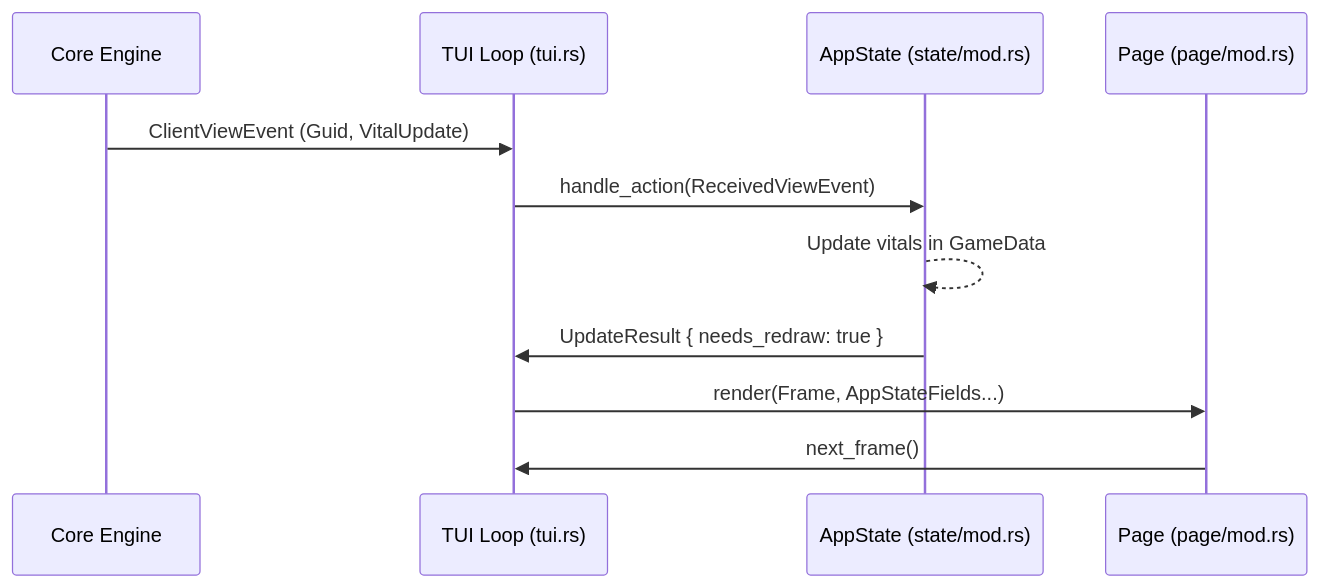
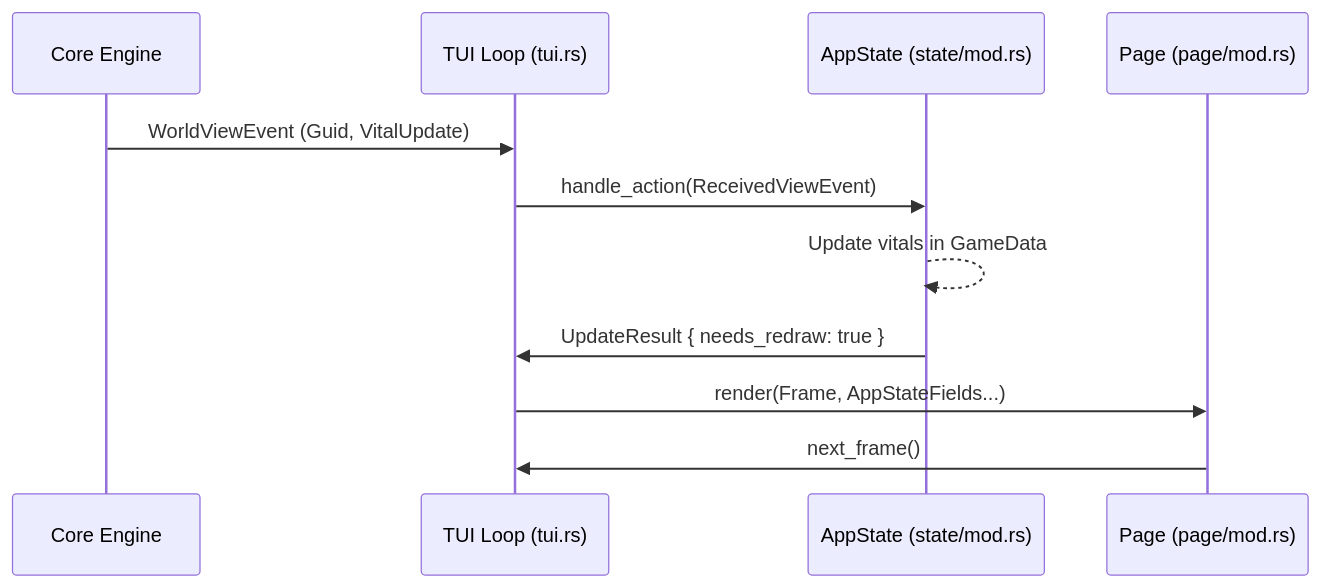
Before and after one commit to merklejerk/holtburger: the diagram in apps/holtburger-cli/ARCHITECTURE.md, drawn with Mermaid. The commit also changed other lines of this file and 10 other files, not shown here.

Commit message:
rename ClientViewEvent -> WorldViewEvent

````diff
--- a/apps/holtburger-cli/ARCHITECTURE.md
+++ b/apps/holtburger-cli/ARCHITECTURE.md
@@ -70,14 +70,14 @@
 ```mermaid
 sequenceDiagram
     participant C as Core Engine
     participant T as TUI Loop (tui.rs)
     participant S as AppState (state/mod.rs)
     participant P as Page (page/mod.rs)
 
-    C->>T: ClientViewEvent (Guid, VitalUpdate)
+    C->>T: WorldViewEvent (Guid, VitalUpdate)
     T->>S: handle_action(ReceivedViewEvent)
     S-->>S: Update vitals in GameData
     S->>T: UpdateResult { needs_redraw: true }
     T->>P: render(Frame, AppStateFields...)
     P->>T: next_frame()
 ```
````
